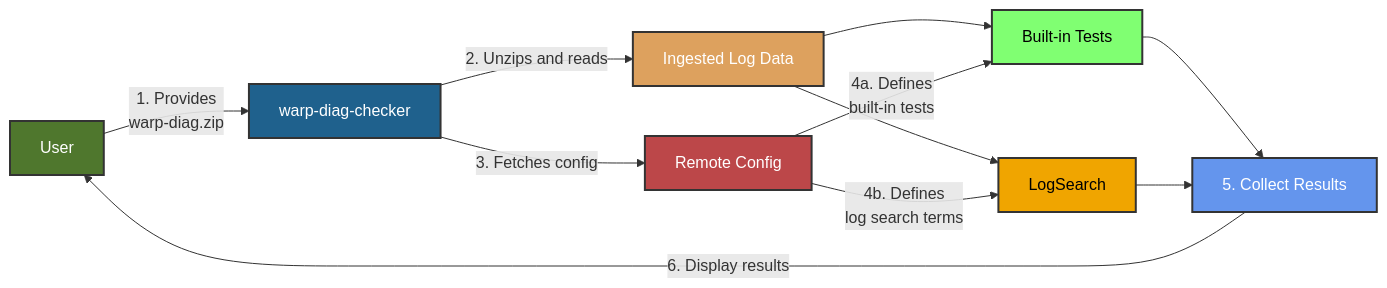
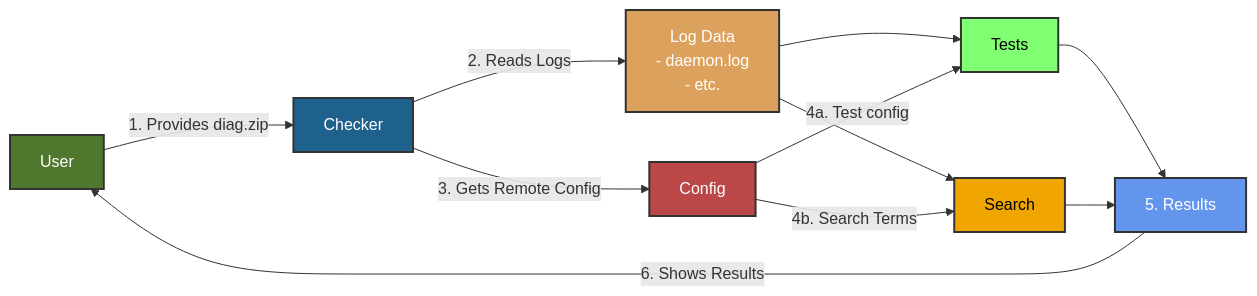
The diagram in README.md (peakefficiency/warp-diag-checker), drawn with Mermaid before and after one commit. The commit also changed other lines of this file, not shown here.

Commit message:
simplify graph

````diff
--- a/README.md
+++ b/README.md
@@ -12,20 +13,21 @@
 ```mermaid
-flowchart LR
-    A[User] -- 1. Provides \n warp-diag.zip --> B[warp-diag-checker]
-    B -- 2. Unzips and reads --> C[Ingested Log Data<br/>- daemon.log<br/>- netstat.txt<br/>- etc.] --> E
-	C[Ingested Log Data] --> F
-    B -- 3. Fetches config --> D[Remote Config] 
-    D -- 4a. Defines<br/>built-in tests --> E[Built-in Tests]
-    D -- 4b. Defines<br/>log search terms --> F[LogSearch]
-    E --> G[5. Collect Results]
+	flowchart LR
+	A[User] -- 1. Provides diag.zip --> B[Checker]
+    B -- 2. Reads Logs --> C[Log Data<br/>- daemon.log<br/>- etc.] --> E
+    C --> F
+    B -- 3. Gets Remote Config --> D[Config] 
+    D -- 4a. Test config --> E[Tests]
+    D -- 4b.  Search Terms --> F[Search]
+    E --> G[5. Results]
     F --> G
-    G -- 6. Display results --> A[User]
+    G -- 6. Shows Results --> A
 
 style A fill:#4F772D,color:#fff,stroke:#333,stroke-width:2px
-    style B fill:#1F618D,color:#fff,stroke:#333,stroke-width:2px  
-    style C fill:#DDA15E,color:#fff,stroke:#333,stroke-width:2px
-    style D fill:#BC4749,color:#fff,stroke:#333,stroke-width:2px
-    style E fill:#80FF72,color:#000,stroke:#333,stroke-width:2px
-    style F fill:#F0A500,color:#000,stroke:#333,stroke-width:2px
-    style G fill:#6495ED,color:#fff,stroke:#333,stroke-width:2px
-```
+style B fill:#1F618D,color:#fff,stroke:#333,stroke-width:2px  
+style C fill:#DDA15E,color:#fff,stroke:#333,stroke-width:2px
+style D fill:#BC4749,color:#fff,stroke:#333,stroke-width:2px
+style E fill:#80FF72,color:#000,stroke:#333,stroke-width:2px
+style F fill:#F0A500,color:#000,stroke:#333,stroke-width:2px
+style G fill:#6495ED,color:#fff,stroke:#333,stroke-width:2px
+
+```			   
````
